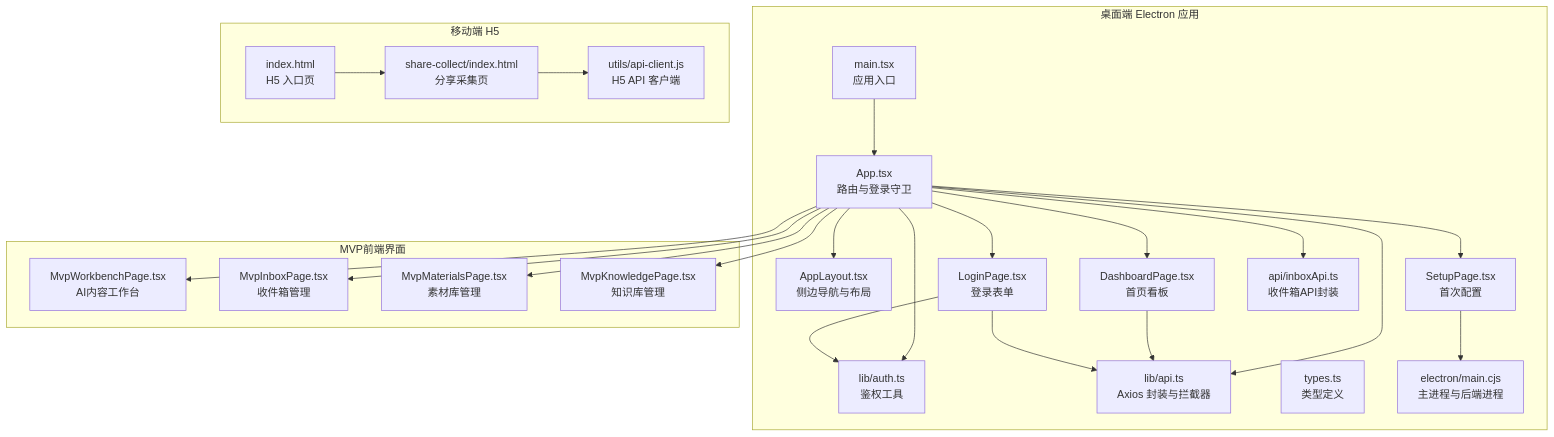
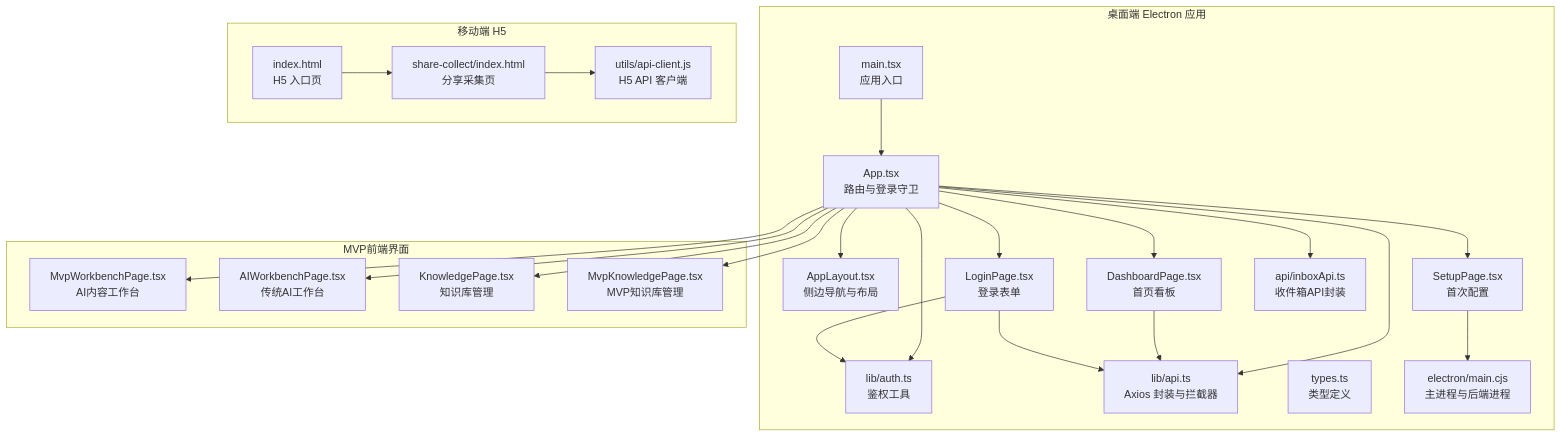
One commit to dream-ze/AI_huoke- changed the first of 12 diagrams in .qoder/repowiki/zh/content/前端应用架构/前端应用架构.md. Above: the diagram before and after it, drawn with Mermaid. The commit also changed other lines of this file and 220 other files, not shown here.

````diff
--- a/.qoder/repowiki/zh/content/前端应用架构/前端应用架构.md
+++ b/.qoder/repowiki/zh/content/前端应用架构/前端应用架构.md
@@ -61,45 +60,45 @@
 ```mermaid
 graph TB
 subgraph "桌面端 Electron 应用"
 D_Main["main.tsx<br/>应用入口"]
 D_App["App.tsx<br/>路由与登录守卫"]
 D_Layout["AppLayout.tsx<br/>侧边导航与布局"]
 D_Login["LoginPage.tsx<br/>登录表单"]
 D_Dash["DashboardPage.tsx<br/>首页看板"]
 D_Setup["SetupPage.tsx<br/>首次配置"]
 D_Auth["lib/auth.ts<br/>鉴权工具"]
 D_Api["lib/api.ts<br/>Axios 封装与拦截器"]
 D_Types["types.ts<br/>类型定义"]
 D_Electron["electron/main.cjs<br/>主进程与后端进程"]
 D_InboxApi["api/inboxApi.ts<br/>收件箱API封装"]
 end
 subgraph "MVP前端界面"
 M_Workbench["MvpWorkbenchPage.tsx<br/>AI内容工作台"]
-M_Inbox["MvpInboxPage.tsx<br/>收件箱管理"]
-M_Materials["MvpMaterialsPage.tsx<br/>素材库管理"]
-M_Knowledge["MvpKnowledgePage.tsx<br/>知识库管理"]
+M_AIWorkbench["AIWorkbenchPage.tsx<br/>传统AI工作台"]
+M_Knowledge["KnowledgePage.tsx<br/>知识库管理"]
+M_MvpKnowledge["MvpKnowledgePage.tsx<br/>MVP知识库管理"]
 end
 subgraph "移动端 H5"
 M_Index["index.html<br/>H5 入口页"]
 M_Share["share-collect/index.html<br/>分享采集页"]
 M_Client["utils/api-client.js<br/>H5 API 客户端"]
 end
 D_Main --> D_App
 D_App --> D_Layout
 D_App --> D_Login
 D_App --> D_Dash
 D_App --> D_Setup
 D_App --> D_Auth
 D_App --> D_Api
 D_Dash --> D_Api
 D_Login --> D_Auth
 D_Login --> D_Api
 D_Setup --> D_Electron
 D_App --> M_Workbench
-D_App --> M_Inbox
-D_App --> M_Materials
+D_App --> M_AIWorkbench
 D_App --> M_Knowledge
+D_App --> M_MvpKnowledge
 D_App --> D_InboxApi
 M_Index --> M_Share
 M_Share --> M_Client
 ```
````
